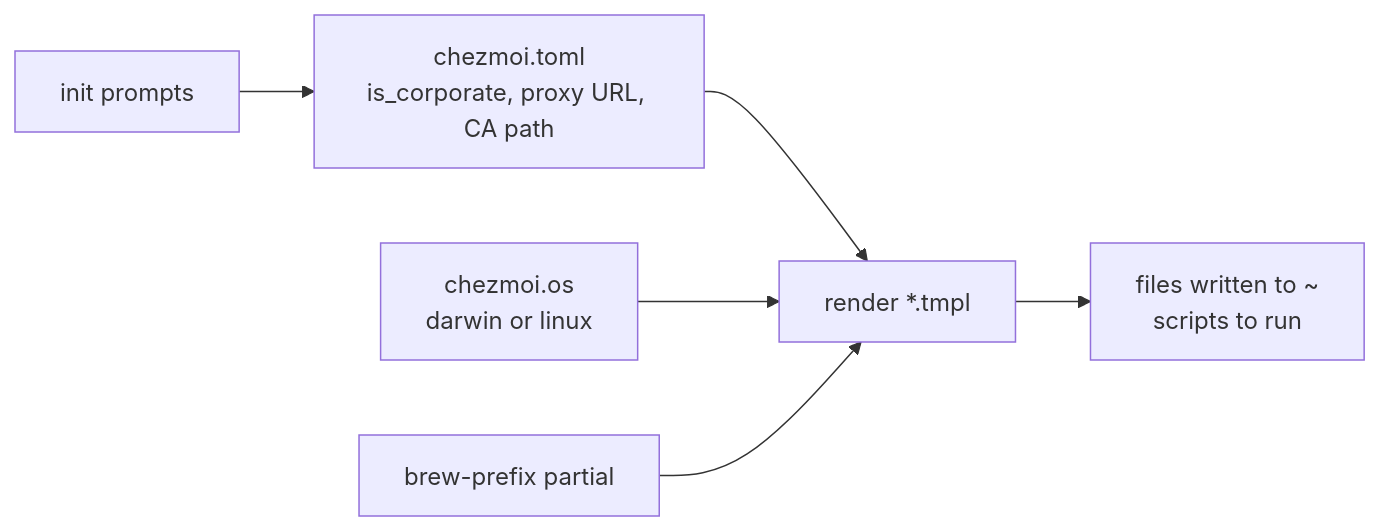
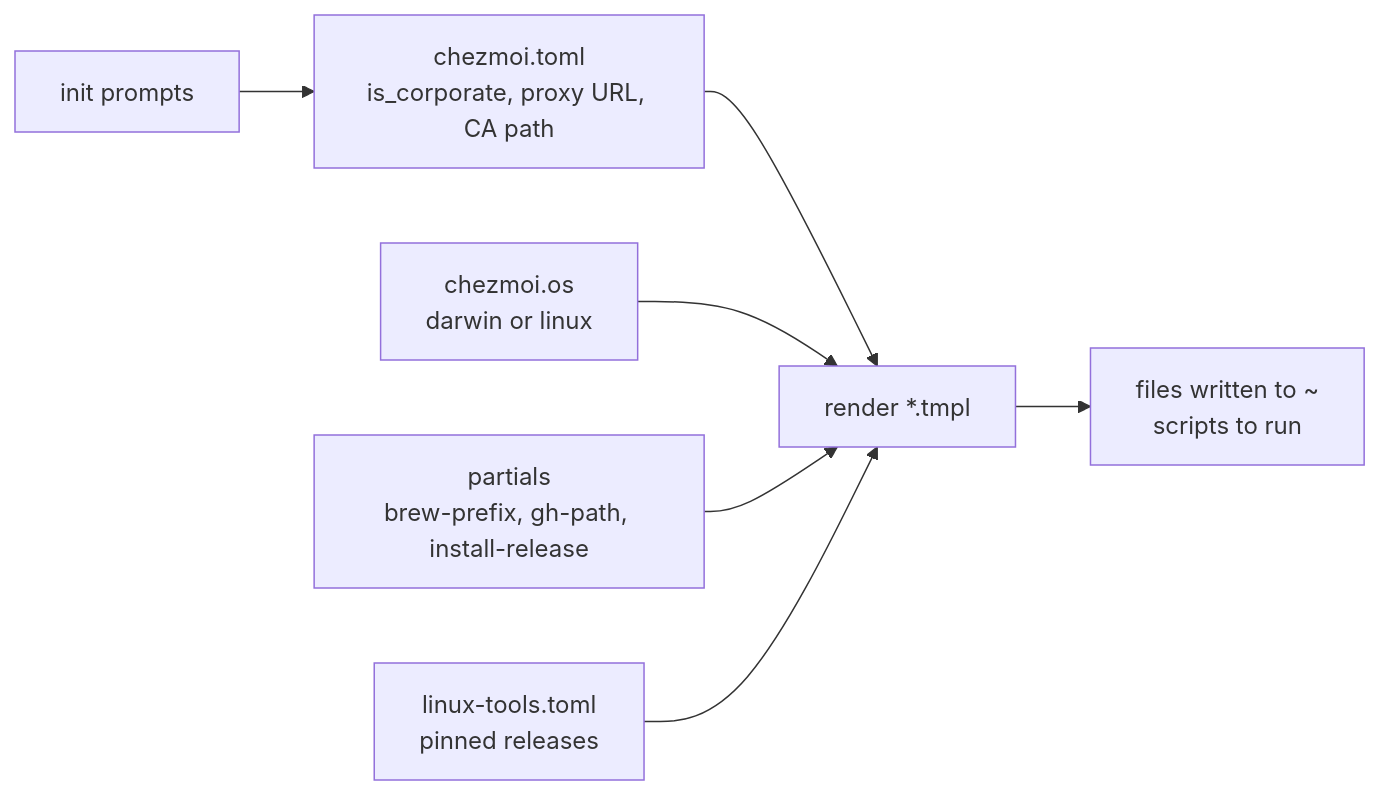
The third of 11 diagrams in ARCHITECTURE.md (jvspeed74/dotfiles), drawn with Mermaid before and after one commit. The commit also changed other lines of this file and 21 other files, not shown here.

First line of the commit message:
Linux without Homebrew: pinned GitHub releases, apt and PyPI; restricted corporate CI (#20)

````diff
--- a/ARCHITECTURE.md
+++ b/ARCHITECTURE.md
@@ -100,8 +103,9 @@
 ```mermaid
 flowchart LR
     Q["init prompts"] --> T["chezmoi.toml<br/>is_corporate, proxy URL, CA path"]
     T --> R["render *.tmpl"]
     O["chezmoi.os<br/>darwin or linux"] --> R
-    P["brew-prefix partial"] --> R
+    P["partials<br/>brew-prefix, gh-path, install-release"] --> R
+    D["linux-tools.toml<br/>pinned releases"] --> R
     R --> OUT["files written to ~<br/>scripts to run"]
 ```
````
